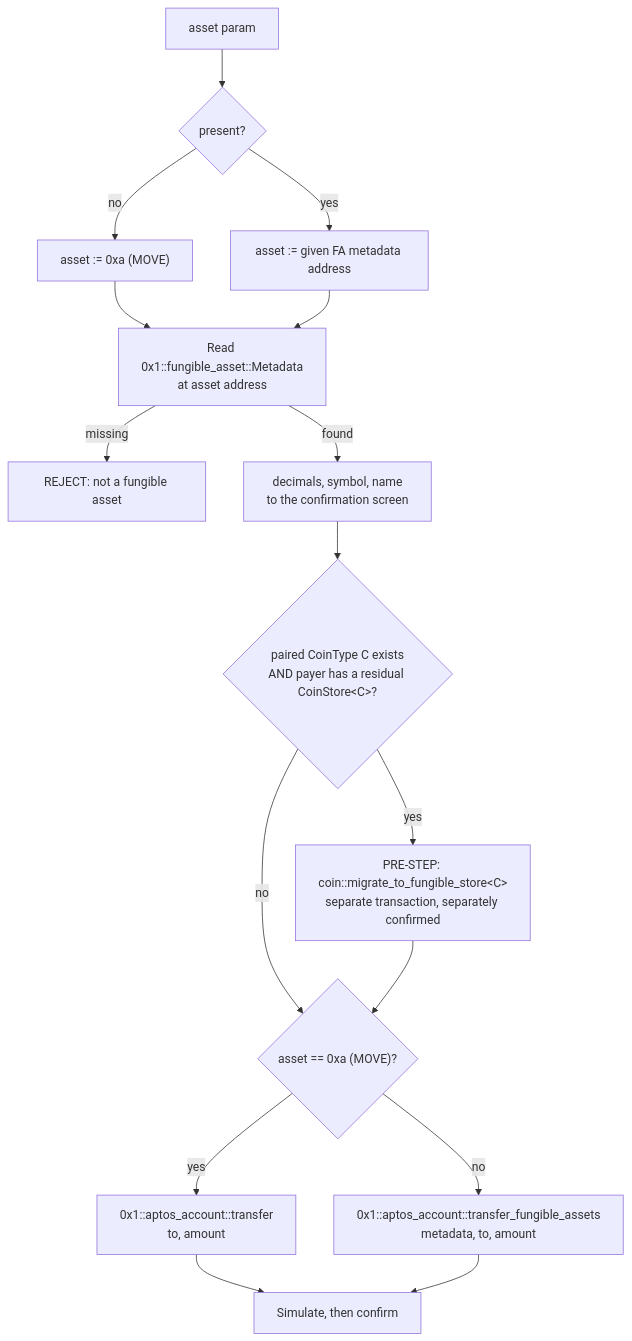
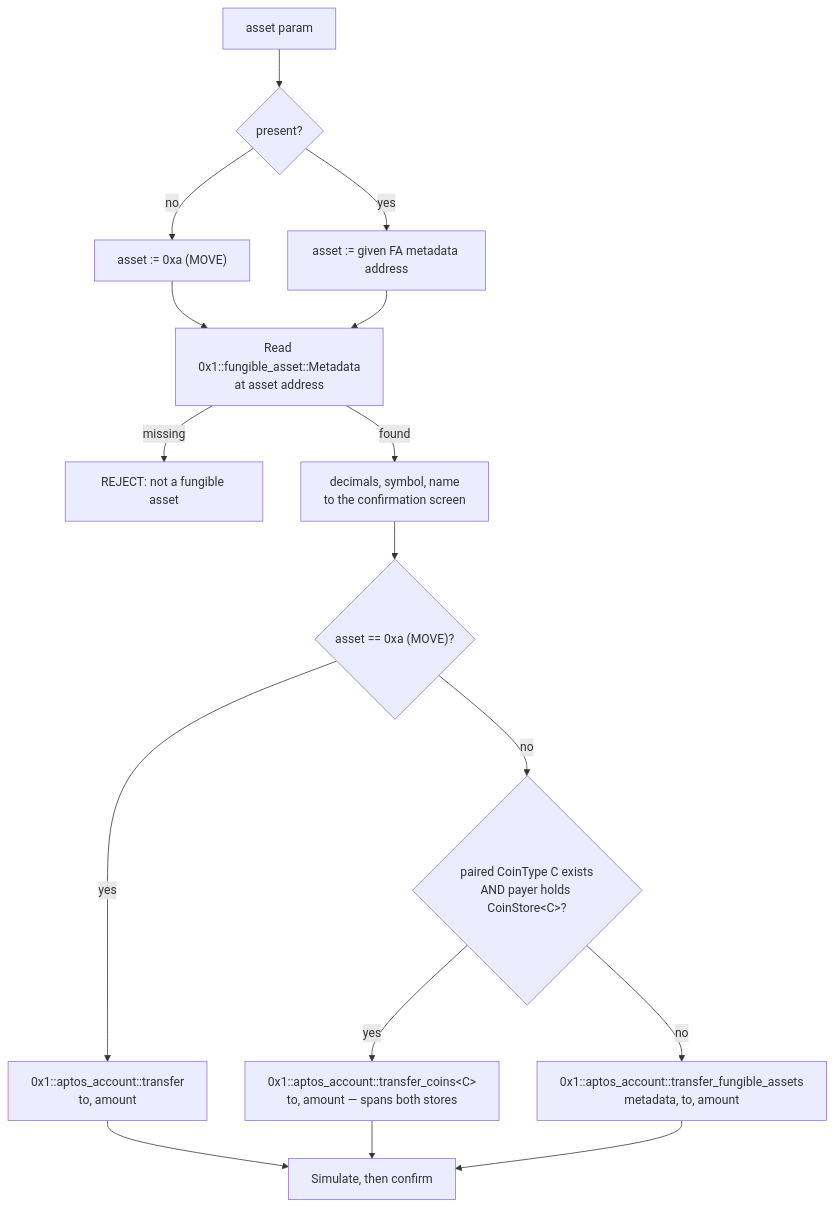
One commit to MoveIndustries/MIP changed the first of 2 diagrams in mips/mip-xxx-transaction-request-urls.md. Above: the diagram before and after it, drawn with Mermaid. The commit also changed other lines of this file, not shown here.

````diff
--- a/mips/mip-xxx-transaction-request-urls.md
+++ b/mips/mip-xxx-transaction-request-urls.md
@@ -199,18 +204,18 @@
 ```mermaid
 flowchart TD
     A["asset param"] --> B{"present?"}
     B -->|no| C["asset := 0xa (MOVE)"]
     B -->|yes| D["asset := given FA metadata address"]
     C --> E
     D --> E["Read 0x1::fungible_asset::Metadata<br/>at asset address"]
     E -->|missing| X1["REJECT: not a fungible asset"]
     E -->|found| F["decimals, symbol, name<br/>to the confirmation screen"]
-    F --> G{"paired CoinType C exists<br/>AND payer has a residual CoinStore&lt;C&gt;?"}
-    G -->|yes| J["PRE-STEP: coin::migrate_to_fungible_store&lt;C&gt;<br/>separate transaction, separately confirmed"]
-    G -->|no| K
-    J --> K{"asset == 0xa (MOVE)?"}
+    F --> K{"asset == 0xa (MOVE)?"}
     K -->|yes| L["0x1::aptos_account::transfer<br/>to, amount"]
-    K -->|no| M["0x1::aptos_account::transfer_fungible_assets<br/>metadata, to, amount"]
+    K -->|no| G{"paired CoinType C exists<br/>AND payer holds CoinStore&lt;C&gt;?"}
+    G -->|yes| J["0x1::aptos_account::transfer_coins&lt;C&gt;<br/>to, amount — spans both stores"]
+    G -->|no| M["0x1::aptos_account::transfer_fungible_assets<br/>metadata, to, amount"]
     L --> S["Simulate, then confirm"]
+    J --> S
     M --> S
 ```
````
